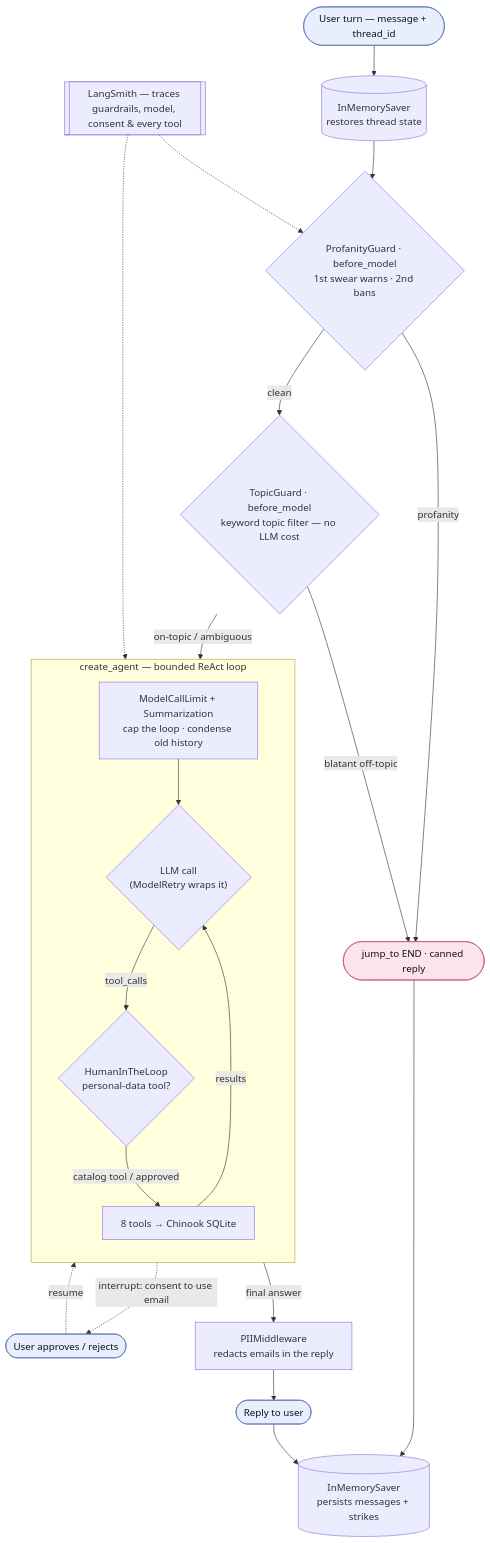
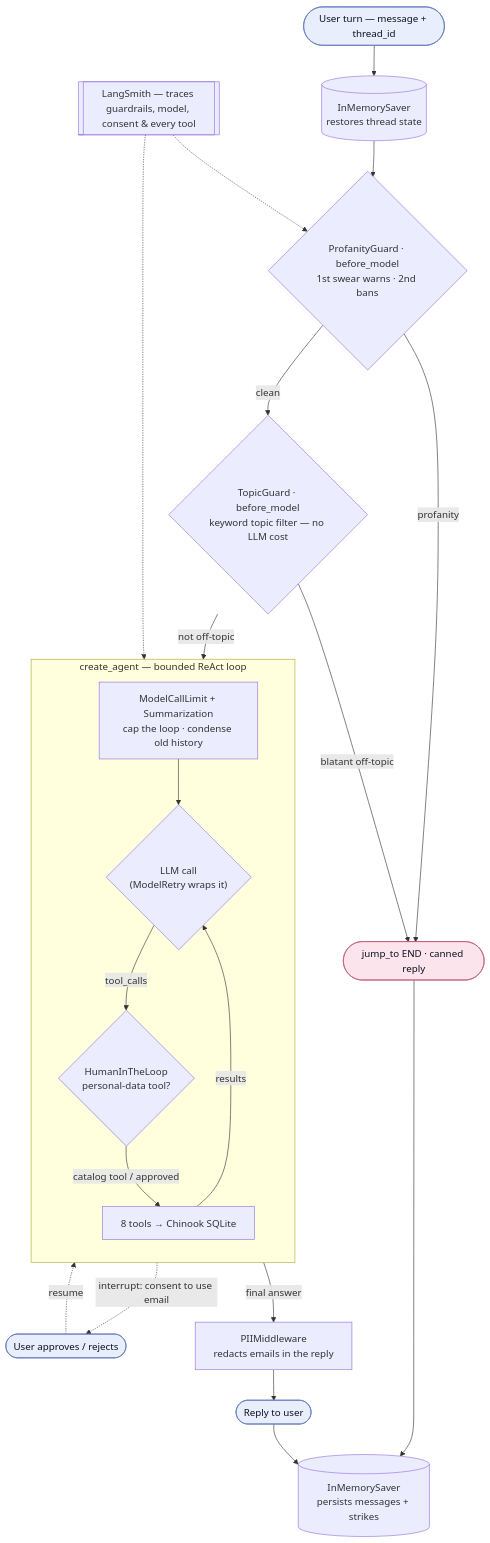
One commit to flamarion/musicstore-chatbot changed the diagram in README.md. Above: the diagram before and after it, drawn with Mermaid. The commit also changed 1 other file, not shown here.

Commit message:
docs: sync PROJECT_STATUS/README to simplified topic guard
The topic classifier is now a single _is_off_topic() check, not a
three-tier scheme — update the architecture description, the Mermaid
edge label, and add a Recent Changes entry for the simplification pass.

````diff
--- a/README.md
+++ b/README.md
@@ -104,35 +104,35 @@
 ```mermaid
 flowchart TD
     U(["User turn — message + thread_id"]) --> CPR[("InMemorySaver<br/>restores thread state")]
     CPR --> PG{"ProfanityGuard · before_model<br/>1st swear warns · 2nd bans"}
 
     PG -- "profanity" --> STOP(["jump_to END · canned reply"])
     PG -- "clean" --> TG{"TopicGuard · before_model<br/>keyword topic filter — no LLM cost"}
     TG -- "blatant off-topic" --> STOP
-    TG -- "on-topic / ambiguous" --> LIM
+    TG -- "not off-topic" --> LIM
 
     subgraph agentloop["create_agent — bounded ReAct loop"]
         direction TB
         LIM["ModelCallLimit + Summarization<br/>cap the loop · condense old history"] --> M{"LLM call<br/>(ModelRetry wraps it)"}
         M -- "tool_calls" --> HITL{"HumanInTheLoop<br/>personal-data tool?"}
         HITL -- "catalog tool / approved" --> T["8 tools → Chinook SQLite"]
         T -- "results" --> M
     end
 
     HITL -. "interrupt: consent to use email" .-> CONSENT(["User approves / rejects"])
     CONSENT -. "resume" .-> HITL
 
     M -- "final answer" --> PII["PIIMiddleware<br/>redacts emails in the reply"]
     PII --> R(["Reply to user"])
     STOP --> CPW[("InMemorySaver<br/>persists messages + strikes")]
     R --> CPW
 
     LS[["LangSmith — traces guardrails, model, consent & every tool"]]
     LS -.-> PG
     LS -.-> M
 
     classDef io fill:#e8eefc,stroke:#5b76b8,color:#0b1220;
     classDef stop fill:#fce4ec,stroke:#c2557a,color:#0b1220;
     class U,R,CONSENT io;
     class STOP stop;
 ```
````
